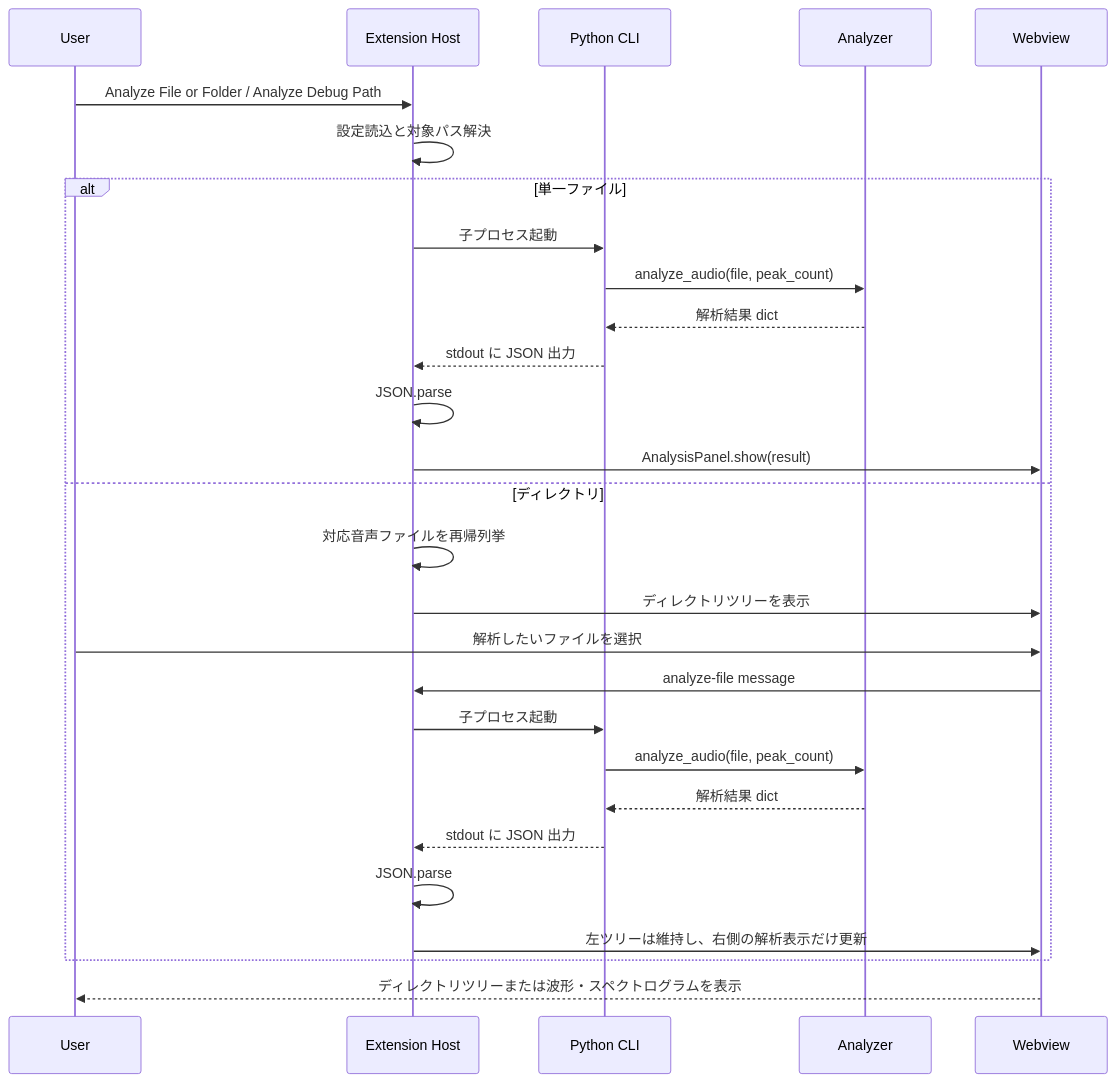
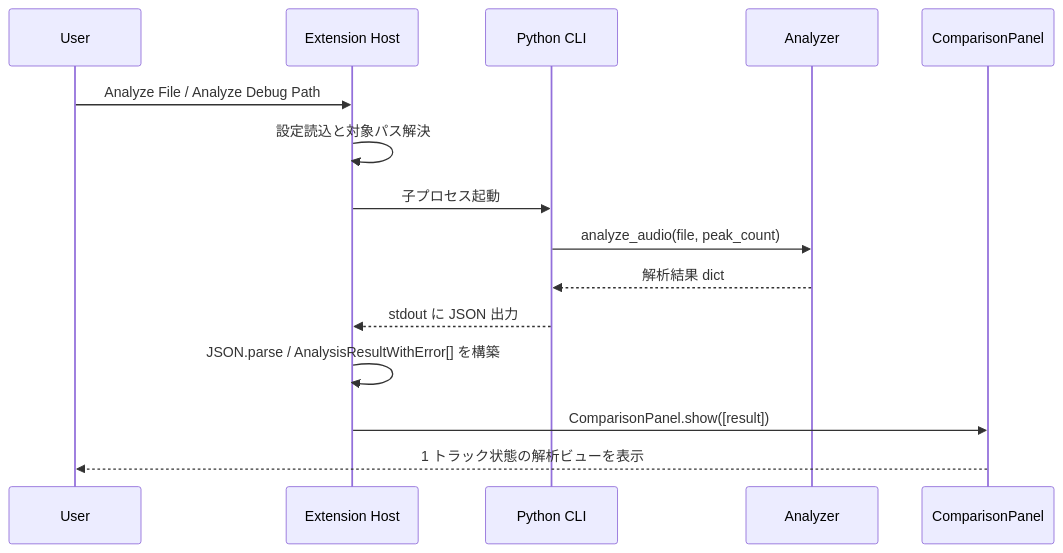
One commit to kasahart/audio-wandas-analyzer changed the second of 3 diagrams in docs/architecture.md. Above: the diagram before and after it, drawn with Mermaid. The commit also changed other lines of this file and 5 other files, not shown here.

Commit message:
docs: align architecture and planning docs with current panel flow

````diff
--- a/docs/architecture.md
+++ b/docs/architecture.md
@@ -103,31 +143,18 @@
 ```mermaid
 sequenceDiagram
     participant U as User
     participant E as Extension Host
     participant P as Python CLI
     participant A as Analyzer
-    participant W as Webview
+    participant C as ComparisonPanel
 
-    U->>E: Analyze File or Folder / Analyze Debug Path
+    U->>E: Analyze File / Analyze Debug Path
     E->>E: 設定読込と対象パス解決
-    alt 単一ファイル
-      E->>P: 子プロセス起動
-      P->>A: analyze_audio(file, peak_count)
-      A-->>P: 解析結果 dict
-      P-->>E: stdout に JSON 出力
-      E->>E: JSON.parse
-      E->>W: AnalysisPanel.show(result)
-    else ディレクトリ
-      E->>E: 対応音声ファイルを再帰列挙
-      E->>W: ディレクトリツリーを表示
-      U->>W: 解析したいファイルを選択
-      W->>E: analyze-file message
-      E->>P: 子プロセス起動
-      P->>A: analyze_audio(file, peak_count)
-      A-->>P: 解析結果 dict
-      P-->>E: stdout に JSON 出力
-      E->>E: JSON.parse
-      E->>W: 左ツリーは維持し、右側の解析表示だけ更新
-    end
-    W-->>U: ディレクトリツリーまたは波形・スペクトログラムを表示
+    E->>P: 子プロセス起動
+    P->>A: analyze_audio(file, peak_count)
+    A-->>P: 解析結果 dict
+    P-->>E: stdout に JSON 出力
+    E->>E: JSON.parse / AnalysisResultWithError[] を構築
+    E->>C: ComparisonPanel.show([result])
+    C-->>U: 1 トラック状態の解析ビューを表示
 ```
````
